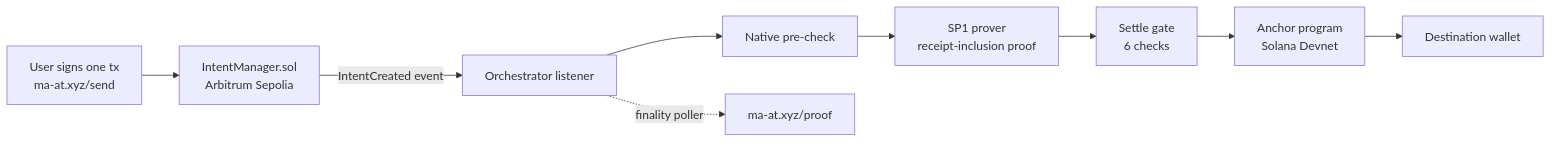
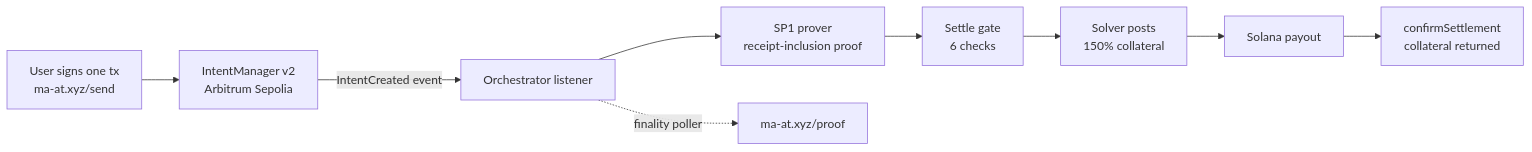
Before and after one commit to NthMOMENT/ma-at: the diagram in README.md, drawn with Mermaid. The commit also changed other lines of this file, not shown here.

````diff
--- a/README.md
+++ b/README.md
@@ -45,11 +45,11 @@
 ```mermaid
 flowchart LR
-  U["User signs one tx<br/>ma-at.xyz/send"] --> C["IntentManager.sol<br/>Arbitrum Sepolia"]
+  U["User signs one tx<br/>ma-at.xyz/send"] --> C["IntentManager v2<br/>Arbitrum Sepolia"]
   C -- "IntentCreated event" --> L["Orchestrator listener"]
-  L --> P["Native pre-check"]
-  P --> Z["SP1 prover<br/>receipt-inclusion proof"]
+  L --> Z["SP1 prover<br/>receipt-inclusion proof"]
   Z --> G["Settle gate<br/>6 checks"]
-  G --> S["Anchor program<br/>Solana Devnet"]
-  S --> W["Destination wallet"]
+  G --> PC["Solver posts<br/>150% collateral"]
+  PC --> S["Solana payout"]
+  S --> CS["confirmSettlement<br/>collateral returned"]
   L -. "finality poller" .-> D["ma-at.xyz/proof"]
 ```
````
